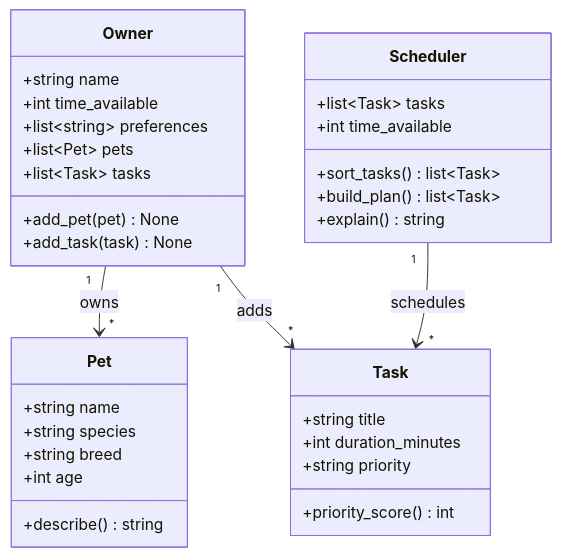
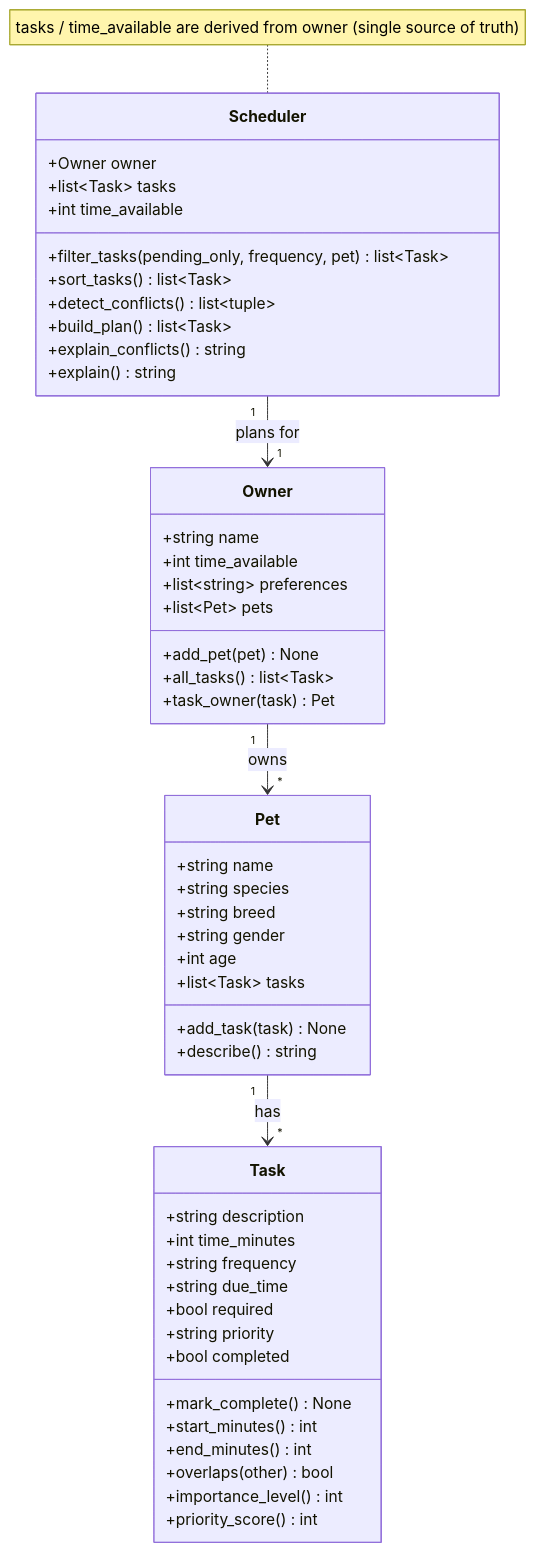
One commit to lloanim/ai110-module2show-pawpal-starter changed the diagram in diagrams/uml.mmd. Above: the diagram before and after it, drawn with Mermaid. The commit also changed 6 other files, not shown here.

First line of the commit message:
Improved on UML design and core implementations

```diff
--- a/diagrams/uml.mmd
+++ b/diagrams/uml.mmd
@@ -1,39 +1,56 @@
 classDiagram
     %% PawPal+ class design. Keep this file updated so it matches your final implementation.
 
     class Owner {
         +string name
         +int time_available
         +list~string~ preferences
         +list~Pet~ pets
-        +list~Task~ tasks
         +add_pet(pet) None
-        +add_task(task) None
+        +all_tasks() list~Task~
+        +task_owner(task) Pet
     }
 
     class Pet {
         +string name
         +string species
         +string breed
+        +string gender
         +int age
+        +list~Task~ tasks
+        +add_task(task) None
         +describe() string
     }
 
     class Task {
-        +string title
-        +int duration_minutes
+        +string description
+        +int time_minutes
+        +string frequency
+        +string due_time
+        +bool required
         +string priority
+        +bool completed
+        +mark_complete() None
+        +start_minutes() int
+        +end_minutes() int
+        +overlaps(other) bool
+        +importance_level() int
         +priority_score() int
     }
 
     class Scheduler {
+        +Owner owner
         +list~Task~ tasks
         +int time_available
+        +filter_tasks(pending_only, frequency, pet) list~Task~
         +sort_tasks() list~Task~
+        +detect_conflicts() list~tuple~
         +build_plan() list~Task~
+        +explain_conflicts() string
         +explain() string
     }
 
     Owner "1" --> "*" Pet : owns
-    Owner "1" --> "*" Task : adds
-    Scheduler "1" --> "*" Task : schedules
+    Pet "1" --> "*" Task : has
+    Scheduler "1" --> "1" Owner : plans for
+    note for Scheduler "tasks / time_available are derived from owner (single source of truth)"
```
